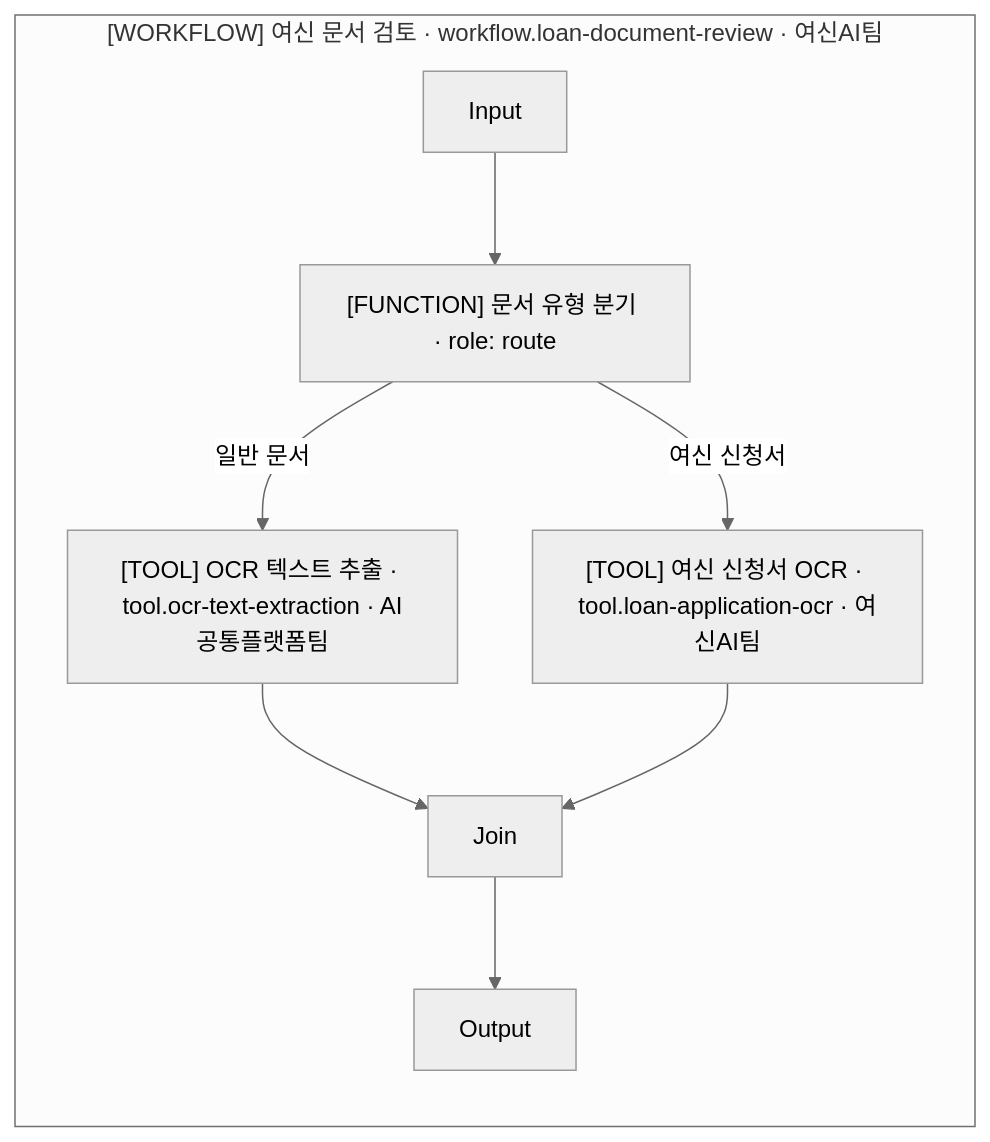
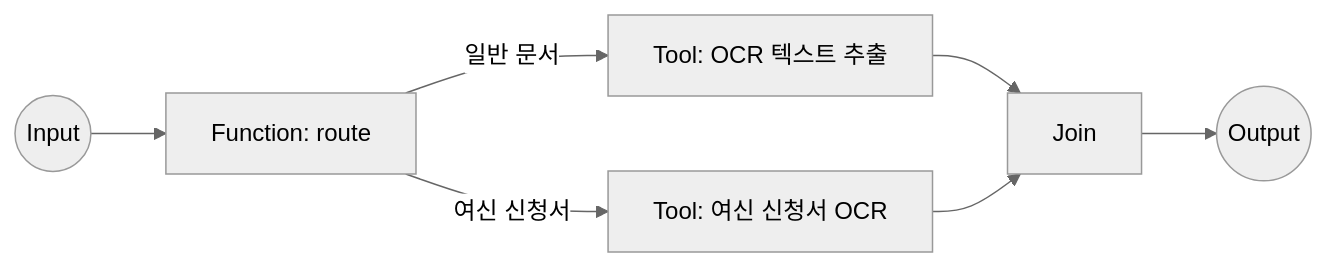
Before and after one commit to gttmr/Agent-Factory: the third of 3 diagrams in docs/workbench/graph-ir.md, drawn with Mermaid (neutral theme). The commit also changed other lines of this file and 611 other files, not shown here.

````diff
--- a/docs/workbench/graph-ir.md
+++ b/docs/workbench/graph-ir.md
@@ -223,11 +291,9 @@
 ```mermaid
 flowchart LR
-    subgraph WF["[WORKFLOW] 여신 문서 검토 · workflow.loan-document-review · 여신AI팀"]
-        I["Input"] --> R["[FUNCTION] 문서 유형 분기 · role: route"]
-        R -->|일반 문서| G["[TOOL] OCR 텍스트 추출 · tool.ocr-text-extraction · AI공통플랫폼팀"]
-        R -->|여신 신청서| L["[TOOL] 여신 신청서 OCR · tool.loan-application-ocr · 여신AI팀"]
-        G --> J["Join"]
-        L --> J
-        J --> O["Output"]
-    end
+    I((Input)) --> R[Function: route]
+    R -->|일반 문서| G[Tool: OCR 텍스트 추출]
+    R -->|여신 신청서| L[Tool: 여신 신청서 OCR]
+    G --> J[Join]
+    L --> J
+    J --> O((Output))
 ```
````
